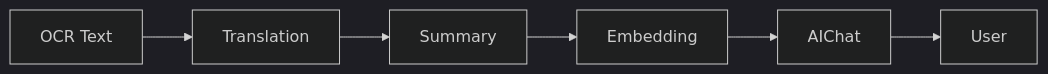
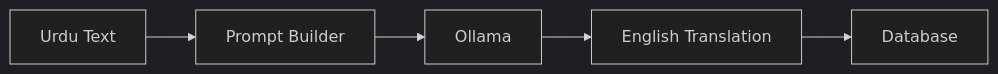
Before and after one commit to ENAYATULLA/Urdu-Document-Assistant: the third of 4 diagrams in README.md, drawn with Mermaid (dark theme). The commit also changed other lines of this file and 1 other file, not shown here.

````diff
--- a/README.md
+++ b/README.md
@@ -397,15 +339,21 @@
 ```mermaid
 flowchart LR
 
-OCR[OCR Text]
+A[Urdu Text]
 
-OCR --> Translation
+-->
 
-Translation --> Summary
+B[Prompt Builder]
 
-Summary --> Embedding
+-->
 
-Embedding --> AIChat
+C[Ollama]
 
-AIChat --> User
+-->
+
+D[English Translation]
+
+-->
+
+E[Database]
 ```
````
